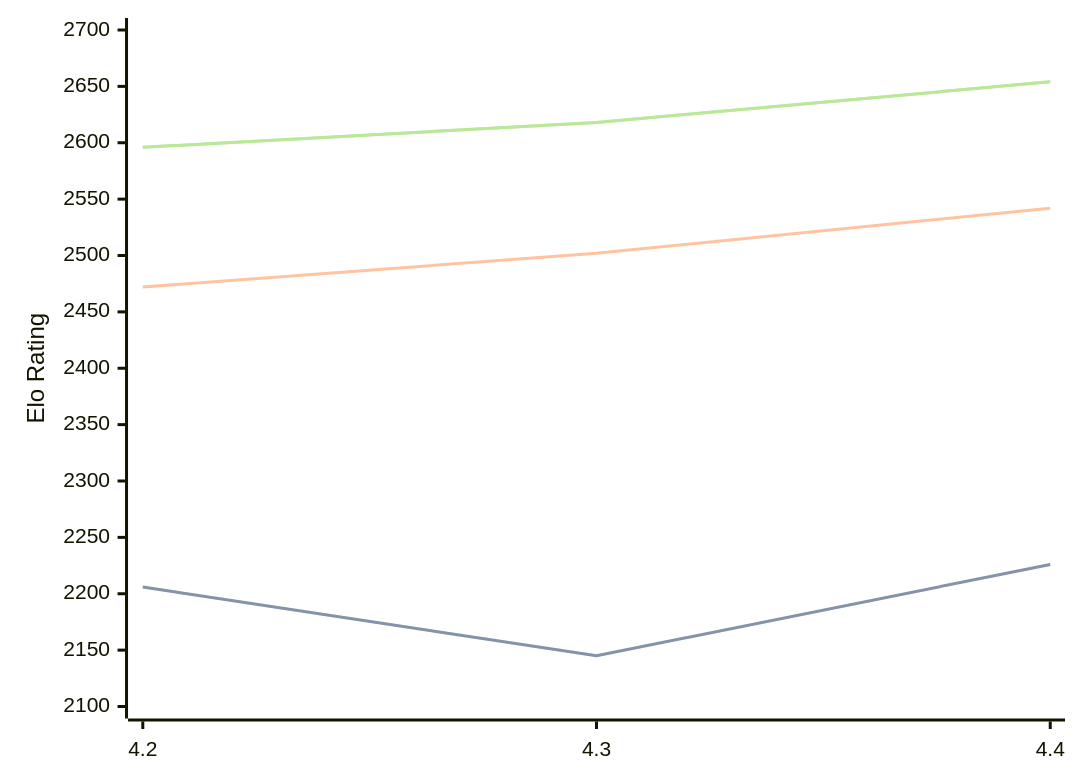
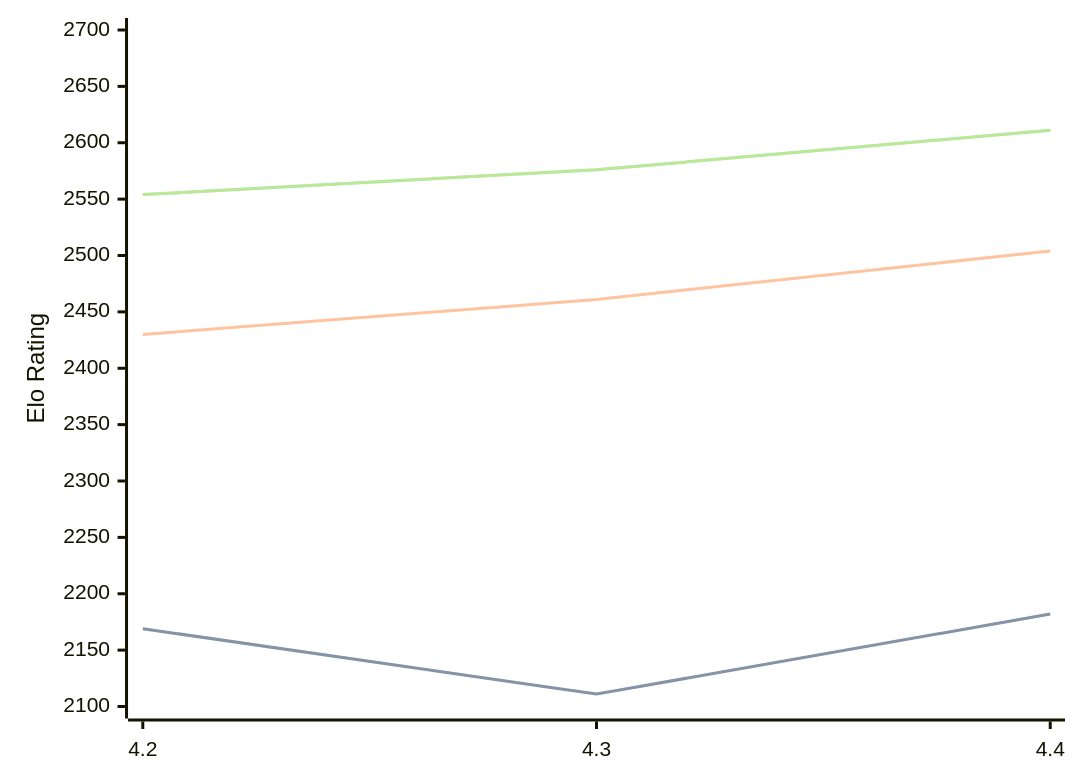
Before and after one commit to computer-chess-index/cci: the diagram in engines/Eubos.md, drawn with Mermaid. The commit also changed other lines of this file, not shown here.

Commit message:
Update CCI Ratings (ELO VLTC) - 2026-05-19

````diff
--- a/engines/Eubos.md
+++ b/engines/Eubos.md
@@ -89,11 +89,11 @@
 ```mermaid
 %%{init: {"theme":"base","themeVariables":{"seriesColors:['#a3a3a3','#222221','#faa371']}}}%%
 xychart-beta
   x-axis ["4.2", "4.3", "4.4"]
   y-axis "Elo Rating" 2100 --> 2700
-  line "STC (8.0+0.08s)" [2206, 2145, 2226]
-  line "STC (8.0+0.08s)" [2206, 2145, 2226]
-  line "LTC (60.0+0.60s)" [2472, 2502, 2542]
-  line "VLTC (2m24s+1.12s)" [2596, 2618, 2654]
-  line "VLTC (2m24s+1.12s)" [2596, 2618, 2654]
+  line "STC (8.0+0.08s)" [2169, 2111, 2182]
+  line "STC (8.0+0.08s)" [2169, 2111, 2182]
+  line "LTC (60.0+0.60s)" [2430, 2461, 2504]
+  line "VLTC (2m24s+1.12s)" [2554, 2576, 2611]
+  line "VLTC (2m24s+1.12s)" [2554, 2576, 2611]
 ```
````
